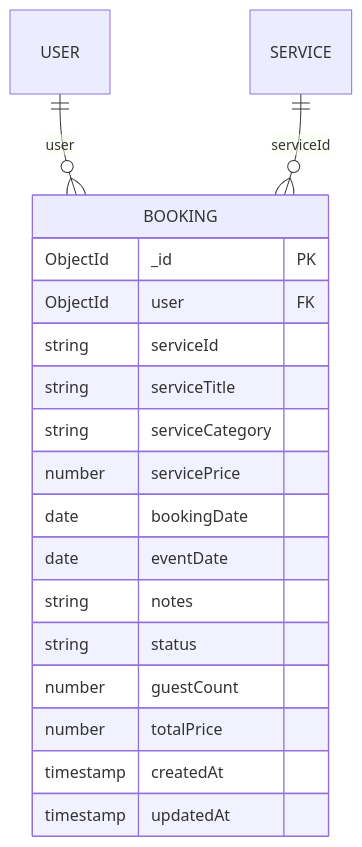
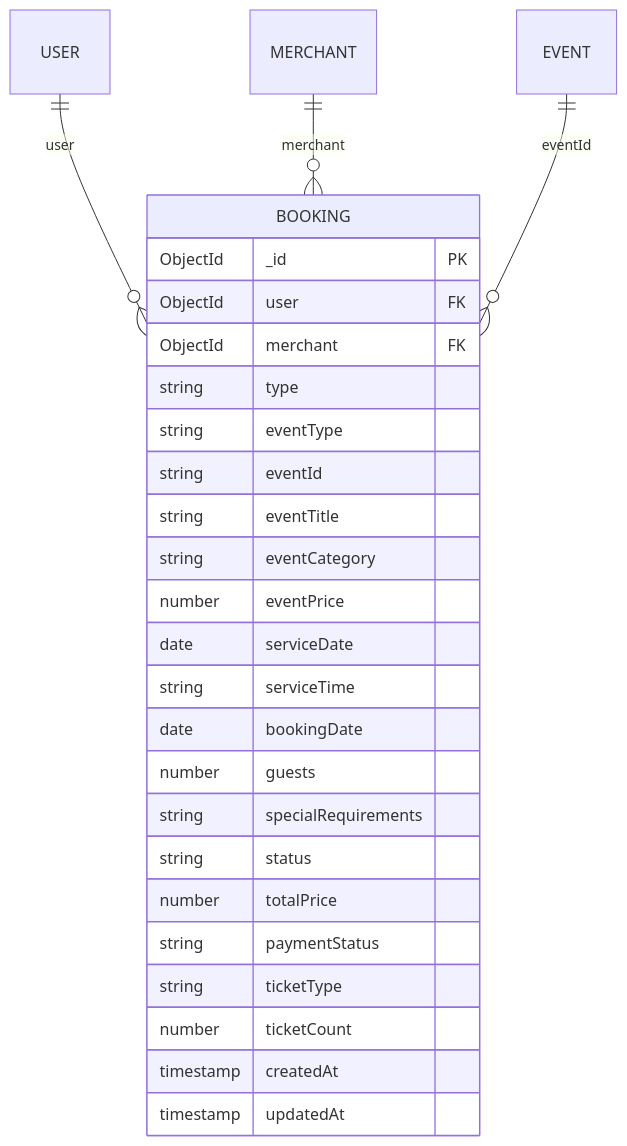
The fifth of 16 diagrams in .qoder/repowiki/en/content/Database Design/Database Design.md (meghanamallela69-tech/event), drawn with Mermaid before and after one commit. The commit also changed other lines of this file and 63 other files, not shown here.

````diff
--- a/.qoder/repowiki/en/content/Database Design/Database Design.md
+++ b/.qoder/repowiki/en/content/Database Design/Database Design.md
@@ -293,21 +326,29 @@
 ```mermaid
 erDiagram
 BOOKING {
 ObjectId _id PK
 ObjectId user FK
-string serviceId
-string serviceTitle
-string serviceCategory
-number servicePrice
+ObjectId merchant FK
+string type
+string eventType
+string eventId
+string eventTitle
+string eventCategory
+number eventPrice
+date serviceDate
+string serviceTime
 date bookingDate
-date eventDate
-string notes
+number guests
+string specialRequirements
 string status
-number guestCount
 number totalPrice
+string paymentStatus
+string ticketType
+number ticketCount
 timestamp createdAt
 timestamp updatedAt
 }
 USER ||--o{ BOOKING : "user"
-SERVICE ||--o{ BOOKING : "serviceId"
+MERCHANT ||--o{ BOOKING : "merchant"
+EVENT ||--o{ BOOKING : "eventId"
 ```
````
